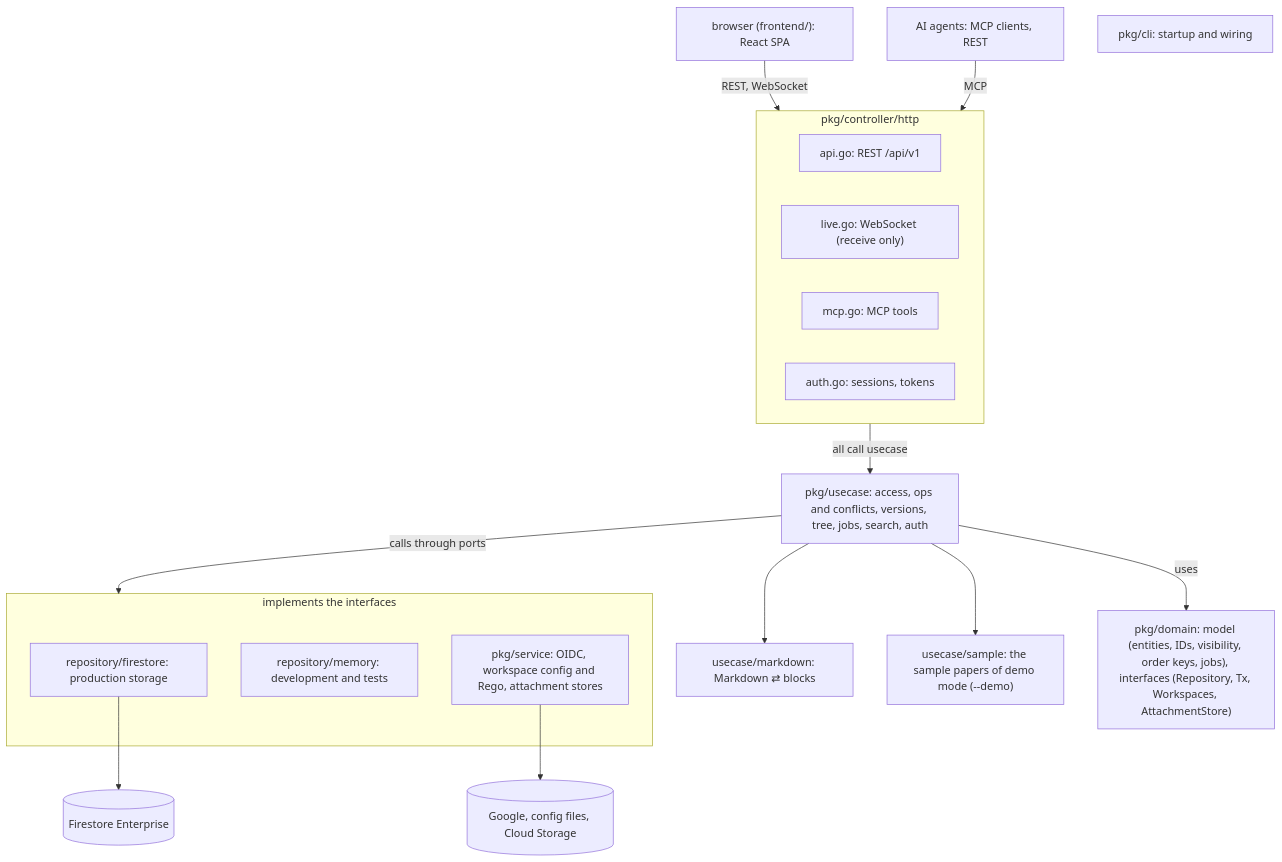
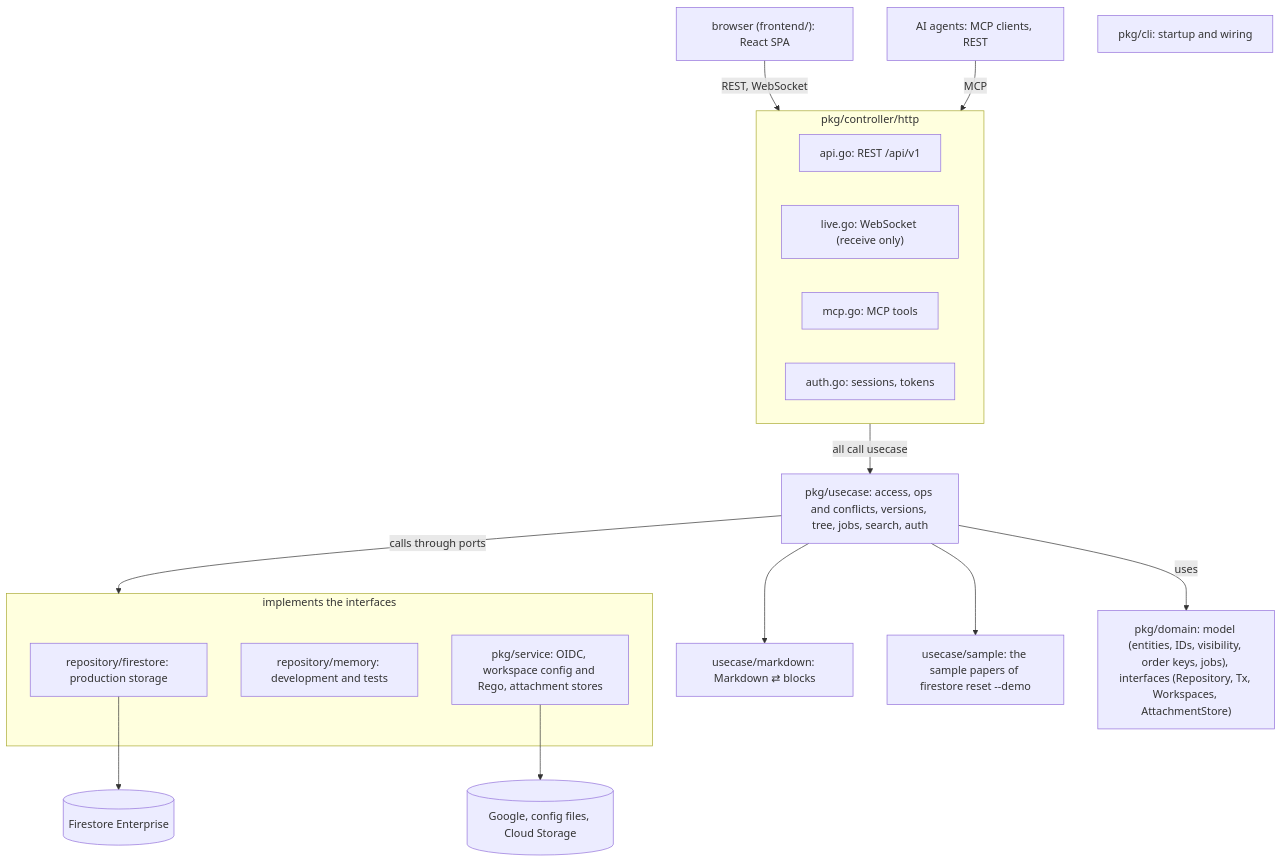
The first of 3 diagrams in docs/codebase.md (m-mizutani/papers), drawn with Mermaid before and after one commit. The commit also changed other lines of this file and 21 other files, not shown here.

Commit message:
feat: write the sample papers from firestore reset --demo instead of serve --demo

````diff
--- a/docs/codebase.md
+++ b/docs/codebase.md
@@ -24,24 +24,24 @@
 ```mermaid
 flowchart TB
   browser["browser (frontend/): React SPA"] -- "REST, WebSocket" --> http
   agents["AI agents: MCP clients, REST"] -- "MCP" --> http
   cli["pkg/cli: startup and wiring"]
   subgraph http["pkg/controller/http"]
     api["api.go: REST /api/v1"]
     live["live.go: WebSocket (receive only)"]
     mcp["mcp.go: MCP tools"]
     auth["auth.go: sessions, tokens"]
   end
   http -- "all call usecase" --> uc["pkg/usecase: access, ops and conflicts, versions, tree, jobs, search, auth"]
   uc --> md["usecase/markdown: Markdown ⇄ blocks"]
-  uc --> sample["usecase/sample: the sample papers of demo mode (--demo)"]
+  uc --> sample["usecase/sample: the sample papers of firestore reset --demo"]
   uc -- uses --> domain["pkg/domain: model (entities, IDs, visibility, order keys, jobs), interfaces (Repository, Tx, Workspaces, AttachmentStore)"]
   uc -- "calls through ports" --> impl
   subgraph impl["implements the interfaces"]
     fsr["repository/firestore: production storage"]
     mem["repository/memory: development and tests"]
     svc["pkg/service: OIDC, workspace config and Rego, attachment stores"]
   end
   fsr --> fs[("Firestore Enterprise")]
   svc --> ext[("Google, config files, Cloud Storage")]
 ```
````
